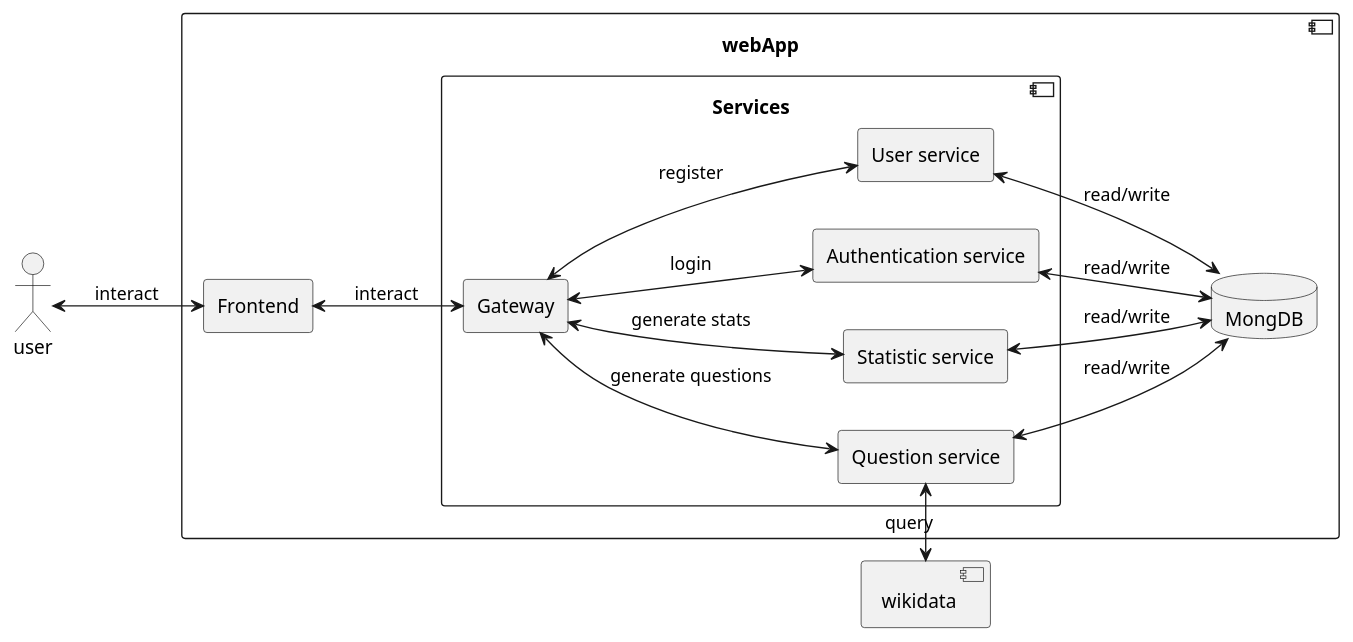
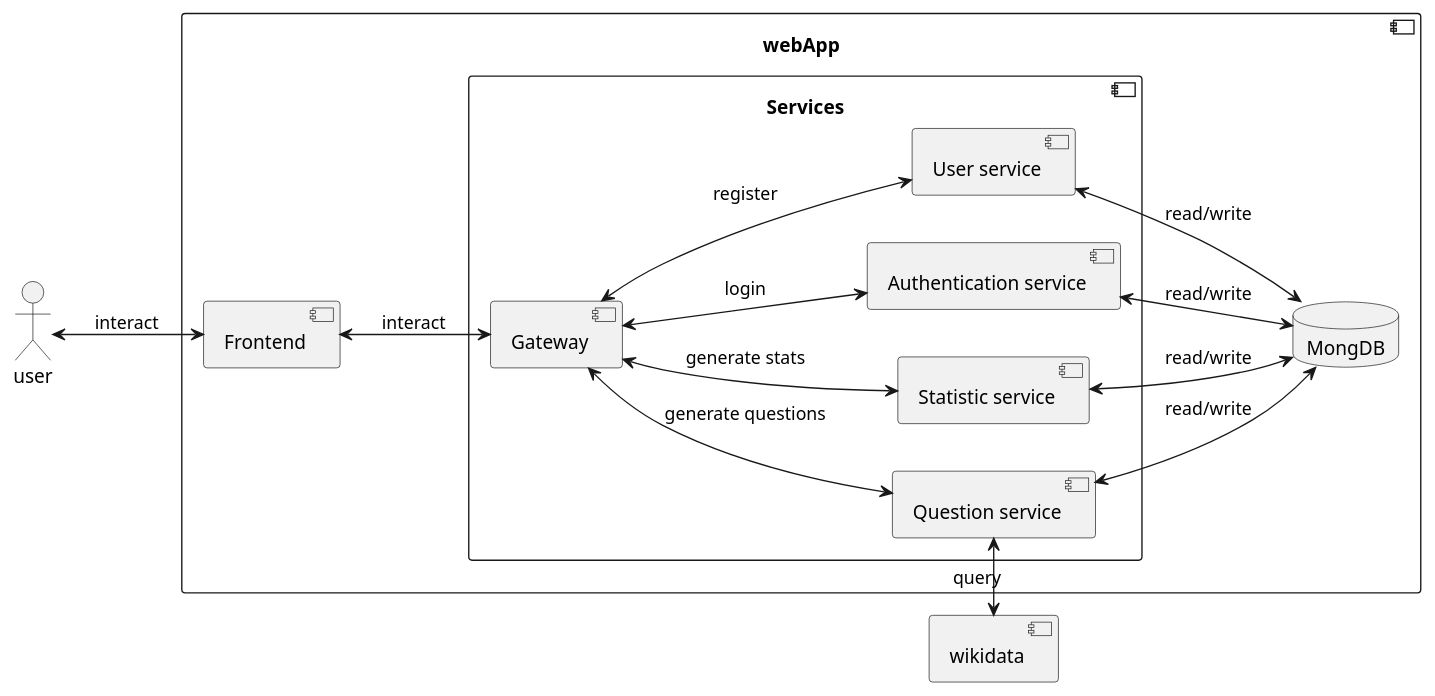
Before and after one commit to angelalvaigle/wiq_uo17919: the second of 2 diagrams in docs/src/03_system_scope_and_context.adoc, drawn with PlantUML. The commit also changed other lines of this file and 16 other files, not shown here.

```diff
--- a/docs/src/03_system_scope_and_context.adoc
+++ b/docs/src/03_system_scope_and_context.adoc
@@ -27,36 +28,36 @@
-[plantuml, "Technical Context", svg]
+[plantuml, "technical_context", svg]
 ----
 left to right direction
 
-actor user
-component web as "webApp" { 
-  rectangle front as "Frontend"
-  component "Services"  {
-    rectangle gw as "Gateway"
-    rectangle userserv as "User service"
-    rectangle authserv as "Authentication service"
-    rectangle statsserv as "Statistic service"
-    rectangle questionserv as "Question service"
+actor user as "user"
+Component web as "webApp" { 
+  Component front as "Frontend"
+  Component "Services"  {
+    Component gw as "Gateway"
+    Component userserv as "User service"
+    Component authserv as "Authentication service"
+    Component statsserv as "Statistic service"
+    Component questionserv as "Question service"
   }
 database mongo as "MongDB"      
 }
 Component wikidata
 
 user <--> front: interact
 front <--> gw: interact
 
 gw <--> userserv: register
 gw <--> authserv: login
 gw <--> statsserv: generate stats
 gw <--> questionserv: generate questions
 
 userserv <--> mongo: read/write
 authserv <--> mongo: read/write
 statsserv <--> mongo: read/write
 questionserv <--> mongo: read/write
 questionserv <-l-> wikidata: query
 
 userserv -[hidden]l- authserv
 authserv -[hidden]l- statsserv
 statsserv -[hidden]l- questionserv
 ----
```
